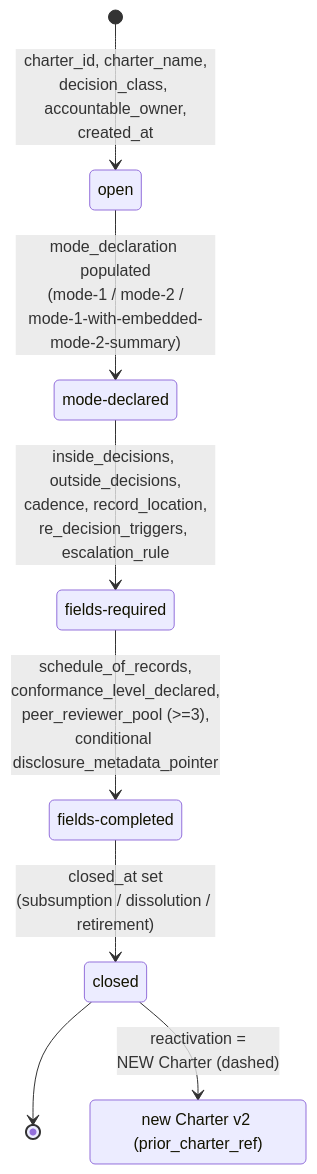
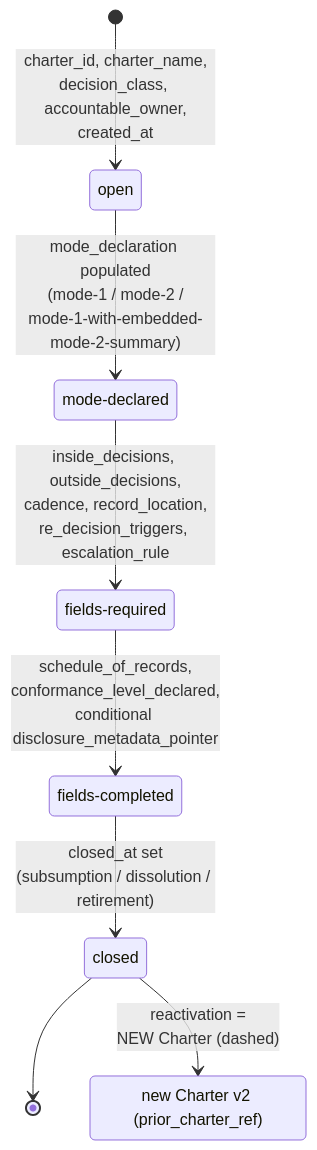
The first of 6 diagrams in spec/companion-D-diagrams.md (decision-provenance-standard/standard), drawn with Mermaid before and after one commit. The commit also changed other lines of this file and 11 other files, not shown here.

````diff
--- a/spec/companion-D-diagrams.md
+++ b/spec/companion-D-diagrams.md
@@ -43,19 +43,19 @@
 ```mermaid
 stateDiagram-v2
     direction TB
 
     state "open" as open
     state "mode-declared" as mode_declared
     state "fields-required" as fields_required
     state "fields-completed" as fields_completed
     state "closed" as closed
     state "new Charter v2 (prior_charter_ref)" as newCharter
 
     [*] --> open : charter_id, charter_name,<br/>decision_class, accountable_owner,<br/>created_at
     open --> mode_declared : mode_declaration populated<br/>(mode-1 / mode-2 /<br/>mode-1-with-embedded-mode-2-summary)
     mode_declared --> fields_required : inside_decisions, outside_decisions,<br/>cadence, record_location,<br/>re_decision_triggers, escalation_rule
-    fields_required --> fields_completed : schedule_of_records,<br/>conformance_level_declared,<br/>peer_reviewer_pool (>=3),<br/>conditional disclosure_metadata_pointer
+    fields_required --> fields_completed : schedule_of_records,<br/>conformance_level_declared,<br/>conditional disclosure_metadata_pointer
     fields_completed --> closed : closed_at set<br/>(subsumption / dissolution / retirement)
     closed --> [*]
     closed --> newCharter : reactivation =<br/>NEW Charter (dashed)
 ```
````
